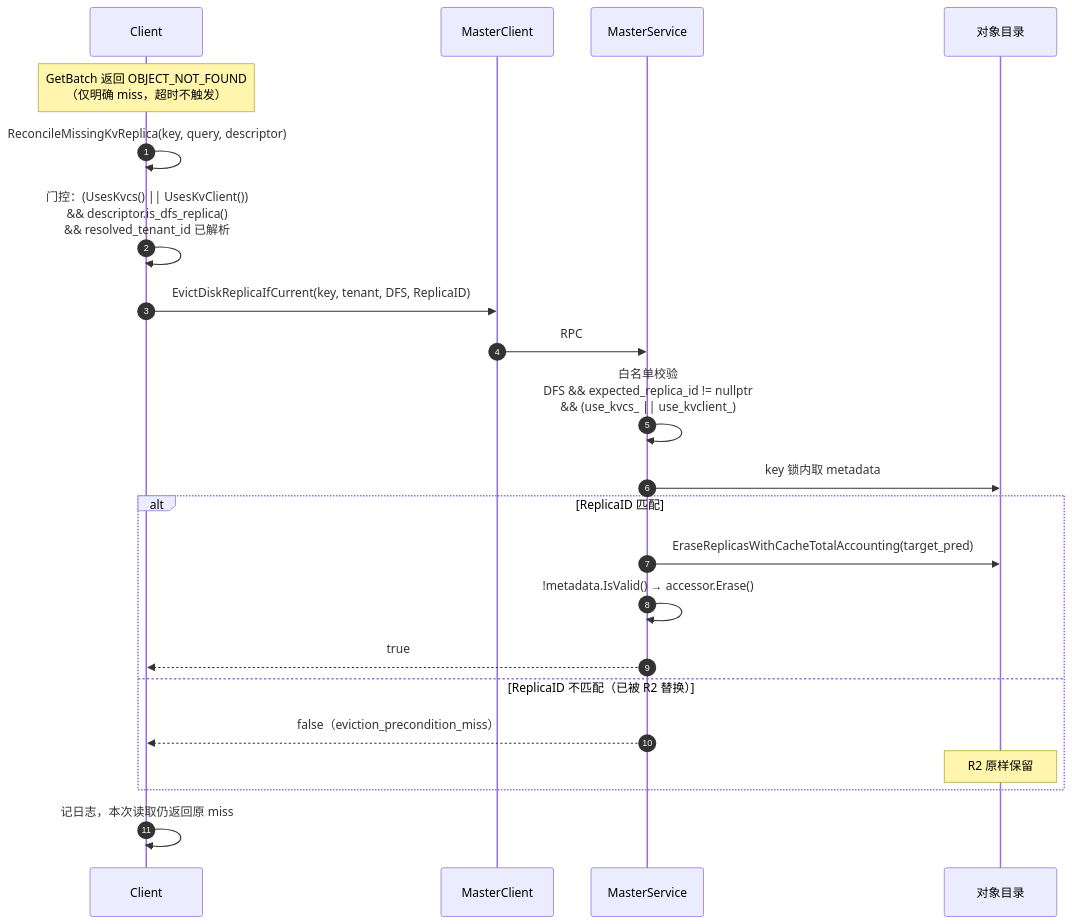
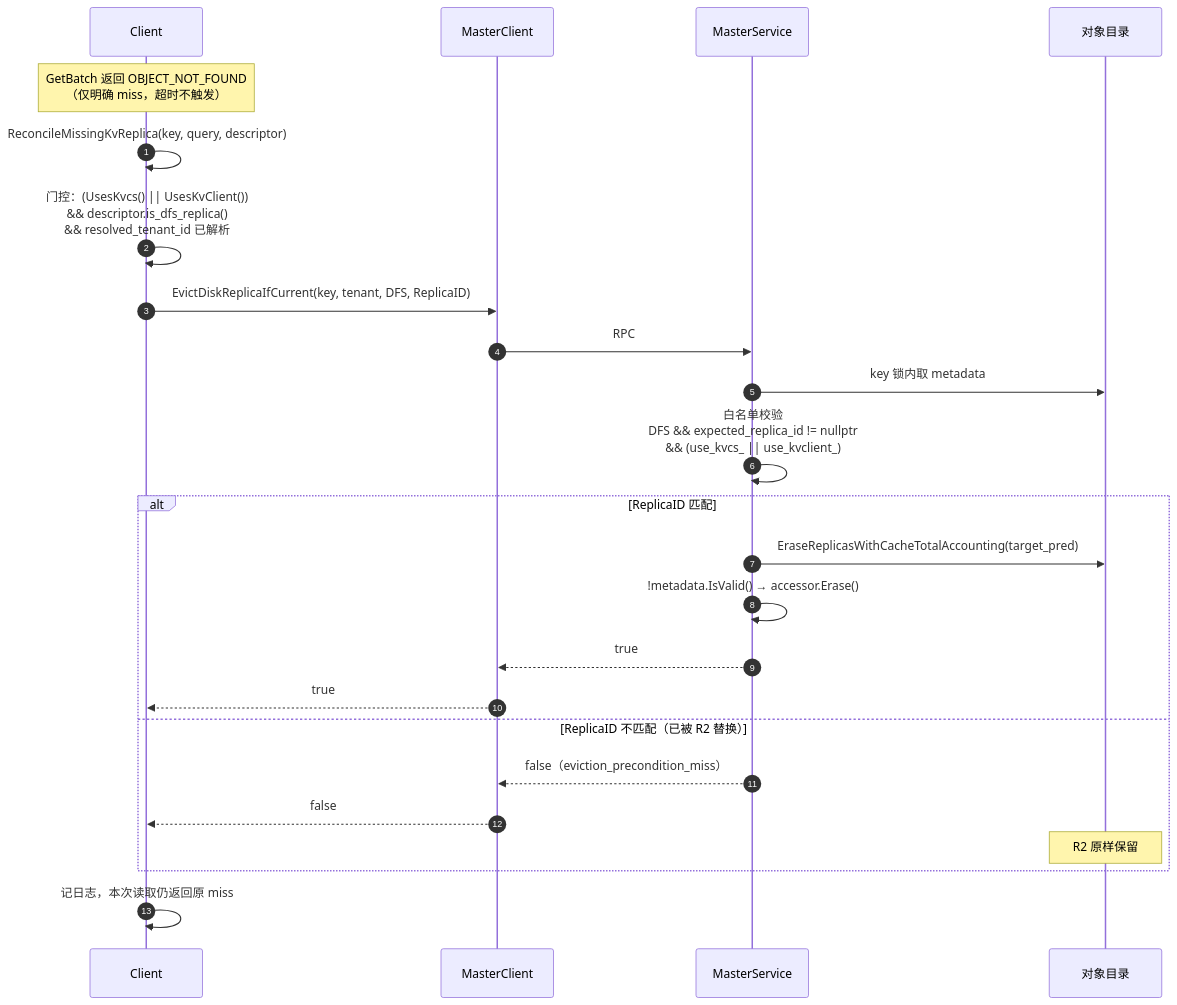
Before and after one commit to zwj20000328-dotcom/Mooncake-documents: diagram 12 of 13 in Mooncake + KVClient L3 接入（Kvcs）- v3.md, drawn with Mermaid. The commit also changed other lines of this file, not shown here.

Commit message:
docs: fix staging-path, diagram and build inconsistencies found by the final audit

````diff
--- a/Mooncake + KVClient L3 接入（Kvcs）- v3.md
+++ b/Mooncake + KVClient L3 接入（Kvcs）- v3.md
@@ -734,25 +740,27 @@
 ```mermaid
 sequenceDiagram
     autonumber
     participant C as Client
     participant MC as MasterClient
     participant M as MasterService
     participant META as 对象目录
 
     Note over C: GetBatch 返回 OBJECT_NOT_FOUND<br/>（仅明确 miss，超时不触发）
     C->>C: ReconcileMissingKvReplica(key, query, descriptor)
     C->>C: 门控：(UsesKvcs() || UsesKvClient())<br/>&& descriptor.is_dfs_replica()<br/>&& resolved_tenant_id 已解析
     C->>MC: EvictDiskReplicaIfCurrent(key, tenant, DFS, ReplicaID)
     MC->>M: RPC
+    M->>META: key 锁内取 metadata
     M->>M: 白名单校验<br/>DFS && expected_replica_id != nullptr<br/>&& (use_kvcs_ || use_kvclient_)
-    M->>META: key 锁内取 metadata
     alt ReplicaID 匹配
         M->>META: EraseReplicasWithCacheTotalAccounting(target_pred)
         M->>M: !metadata.IsValid() → accessor.Erase()
-        M-->>C: true
+        M-->>MC: true
+        MC-->>C: true
     else ReplicaID 不匹配（已被 R2 替换）
-        M-->>C: false（eviction_precondition_miss）
+        M-->>MC: false（eviction_precondition_miss）
+        MC-->>C: false
         Note over META: R2 原样保留
     end
     C->>C: 记日志，本次读取仍返回原 miss
 ```
````
